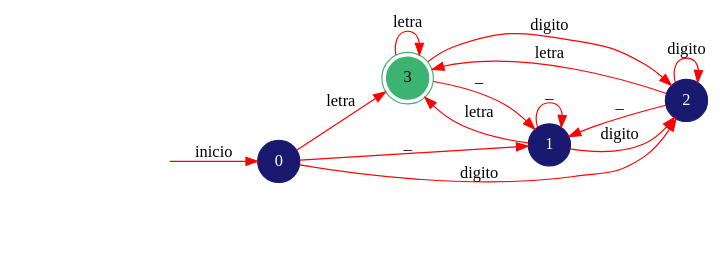
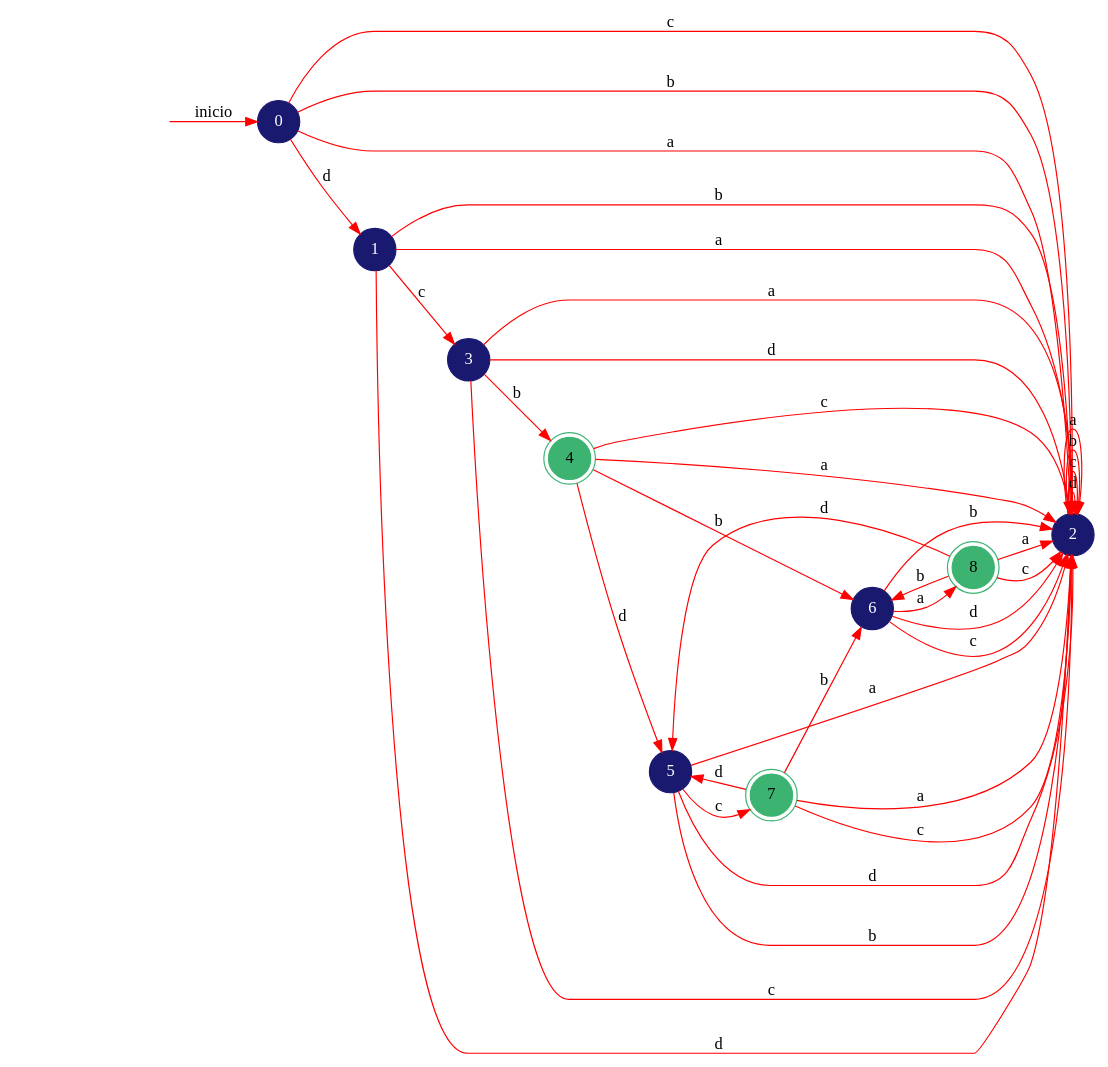
One commit to AhiezerRamirez/Compi1Proyecto1 changed the diagram in Compi1Proyecto1/AFD.dot. Above: the diagram before and after it, drawn with Graphviz. The commit also changed 9 other files, not shown here.

```diff
--- a/Compi1Proyecto1/AFD.dot
+++ b/Compi1Proyecto1/AFD.dot
@@ -1,21 +1,45 @@
 digraph AFD {
 	rankdir=LR;
-	node [shape=doublecircle, style = filled,color = mediumseagreen]; "3";
+	node [shape=doublecircle, style = filled,color = mediumseagreen]; "4" "7" "8";
 	node [shape=circle];
 	node [color=midnightblue,fontcolor=white];
 	edge [color=red];
 	secret_node [style=invis];
 	secret_node -> "0" [label="inicio"];
-	"0" -> "1" [label="_"];
-	"0" -> "2" [label="digito"];
-	"0" -> "3" [label="letra"];
-	"1" -> "1" [label="_"];
-	"1" -> "2" [label="digito"];
-	"1" -> "3" [label="letra"];
-	"2" -> "1" [label="_"];
-	"2" -> "2" [label="digito"];
-	"2" -> "3" [label="letra"];
-	"3" -> "1" [label="_"];
-	"3" -> "2" [label="digito"];
-	"3" -> "3" [label="letra"];
+	"0" -> "1" [label="d"];
+	"0" -> "2" [label="c"];
+	"0" -> "2" [label="b"];
+	"0" -> "2" [label="a"];
+	"1" -> "2" [label="d"];
+	"1" -> "3" [label="c"];
+	"1" -> "2" [label="b"];
+	"1" -> "2" [label="a"];
+	"2" -> "2" [label="d"];
+	"2" -> "2" [label="c"];
+	"2" -> "2" [label="b"];
+	"2" -> "2" [label="a"];
+	"3" -> "2" [label="d"];
+	"3" -> "2" [label="c"];
+	"3" -> "4" [label="b"];
+	"3" -> "2" [label="a"];
+	"4" -> "5" [label="d"];
+	"4" -> "2" [label="c"];
+	"4" -> "6" [label="b"];
+	"4" -> "2" [label="a"];
+	"5" -> "2" [label="d"];
+	"5" -> "7" [label="c"];
+	"5" -> "2" [label="b"];
+	"5" -> "2" [label="a"];
+	"6" -> "2" [label="d"];
+	"6" -> "2" [label="c"];
+	"6" -> "2" [label="b"];
+	"6" -> "8" [label="a"];
+	"7" -> "5" [label="d"];
+	"7" -> "2" [label="c"];
+	"7" -> "6" [label="b"];
+	"7" -> "2" [label="a"];
+	"8" -> "5" [label="d"];
+	"8" -> "2" [label="c"];
+	"8" -> "6" [label="b"];
+	"8" -> "2" [label="a"];
 }
```
